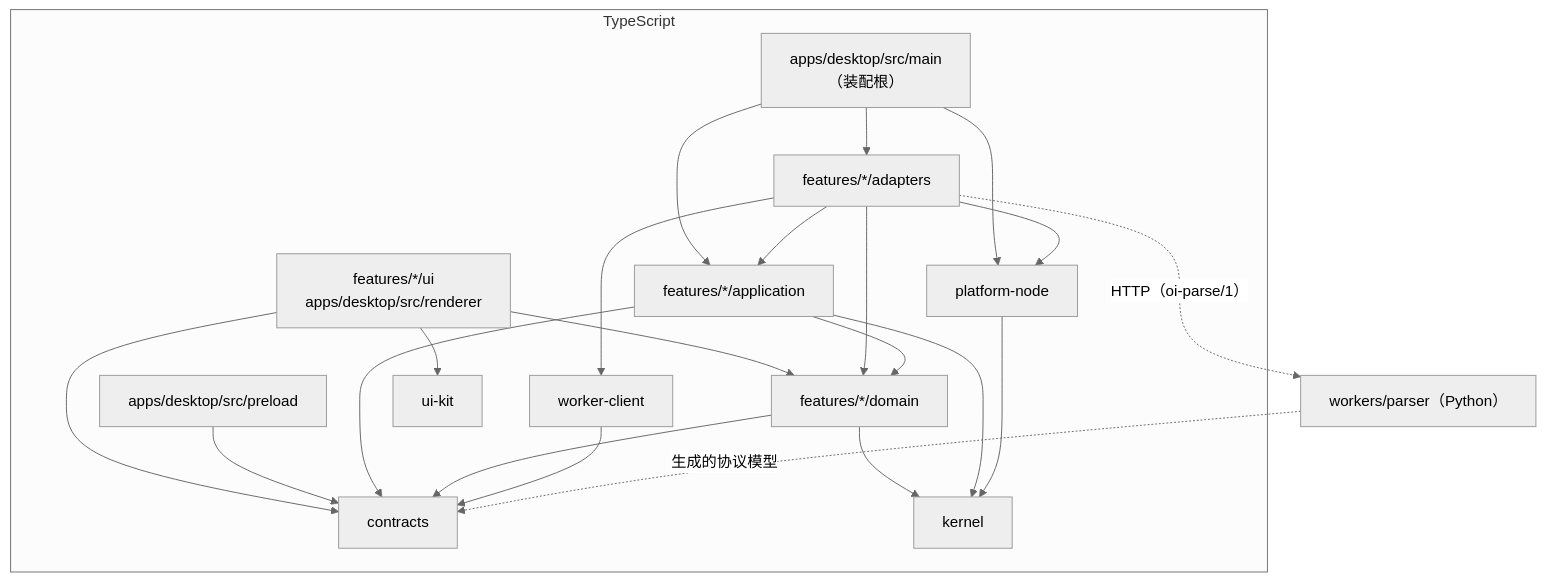
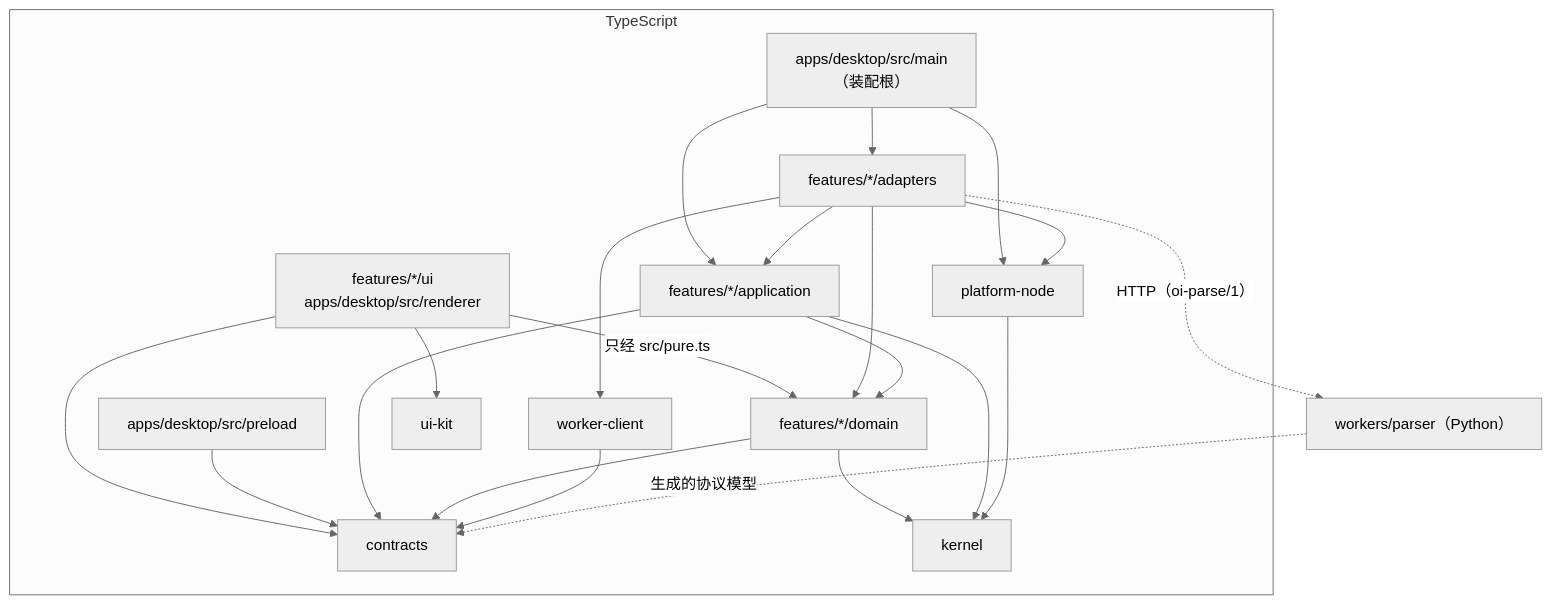
The third of 5 diagrams in ARCHITECTURE.md (wisdom-km/open-immerse-v2), drawn with Mermaid (neutral theme) before and after one commit. The commit also changed other lines of this file, not shown here.

First line of the commit message:
docs(architecture): 按 Q1–Q12 决定修订：UI–core 解耦（Q3）、formula-source（Q4）、writing 预留（Q5）、Jev 本机/远程（Q9）、全路径评分（Q1）

````diff
--- a/ARCHITECTURE.md
+++ b/ARCHITECTURE.md
@@ -219,38 +430,38 @@
 ```mermaid
 flowchart TB
   subgraph TS["TypeScript"]
     UI["features/*/ui<br/>apps/desktop/src/renderer"]
     PRE["apps/desktop/src/preload"]
     MAIN["apps/desktop/src/main<br/>（装配根）"]
     ADP["features/*/adapters"]
     APP["features/*/application"]
     DOM["features/*/domain"]
     PN["platform-node"]
     WC["worker-client"]
     UK["ui-kit"]
     C["contracts"]
     K["kernel"]
   end
   PY["workers/parser（Python）"]
 
   UI --> UK
-  UI --> DOM
+  UI -- "只经 src/pure.ts" --> DOM
   UI --> C
   PRE --> C
   MAIN --> ADP
   MAIN --> APP
   MAIN --> PN
   ADP --> APP
   ADP --> DOM
   ADP --> PN
   ADP --> WC
   APP --> DOM
   APP --> C
   DOM --> C
   DOM --> K
   APP --> K
   PN --> K
   WC --> C
   ADP -. "HTTP（oi-parse/1）" .-> PY
   PY -. "生成的协议模型" .-> C
 ```
````
